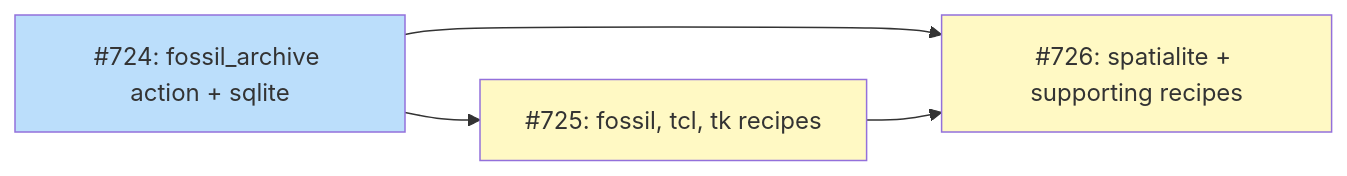
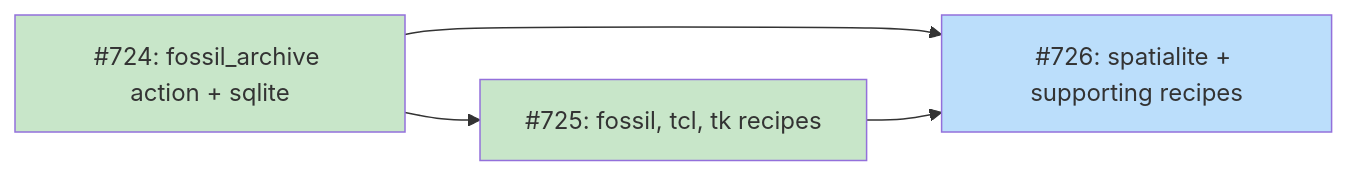
One commit to tsukumogami/tsuku changed the diagram in docs/DESIGN-fossil-archive.md. Above: the diagram before and after it, drawn with Mermaid. The commit also changed 3 other files, not shown here.

````diff
--- a/docs/DESIGN-fossil-archive.md
+++ b/docs/DESIGN-fossil-archive.md
@@ -19,18 +19,18 @@
 ```mermaid
 graph LR
     I724["#724: fossil_archive action + sqlite"]
     I725["#725: fossil, tcl, tk recipes"]
     I726["#726: spatialite + supporting recipes"]
 
     I724 --> I725
     I724 --> I726
     I725 --> I726
 
     classDef done fill:#c8e6c9
     classDef ready fill:#bbdefb
     classDef blocked fill:#fff9c4
     classDef needsDesign fill:#e1bee7
 
-    class I724 ready
-    class I725,I726 blocked
+    class I724,I725 done
+    class I726 ready
 ```
````
